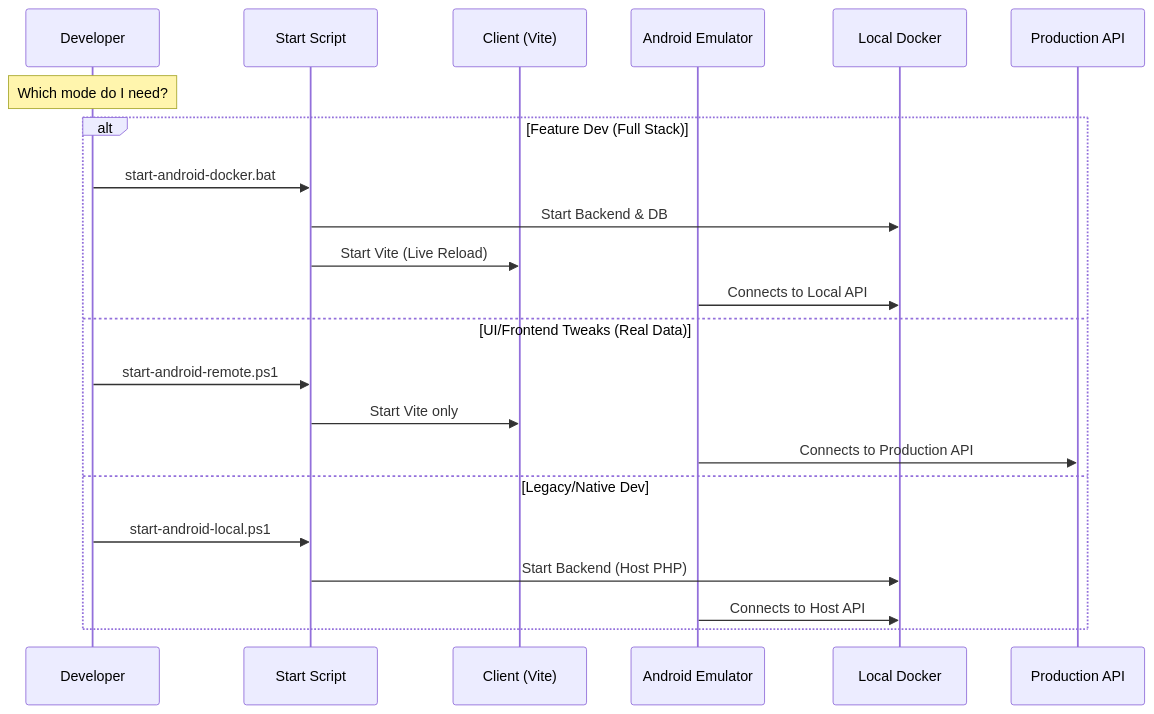
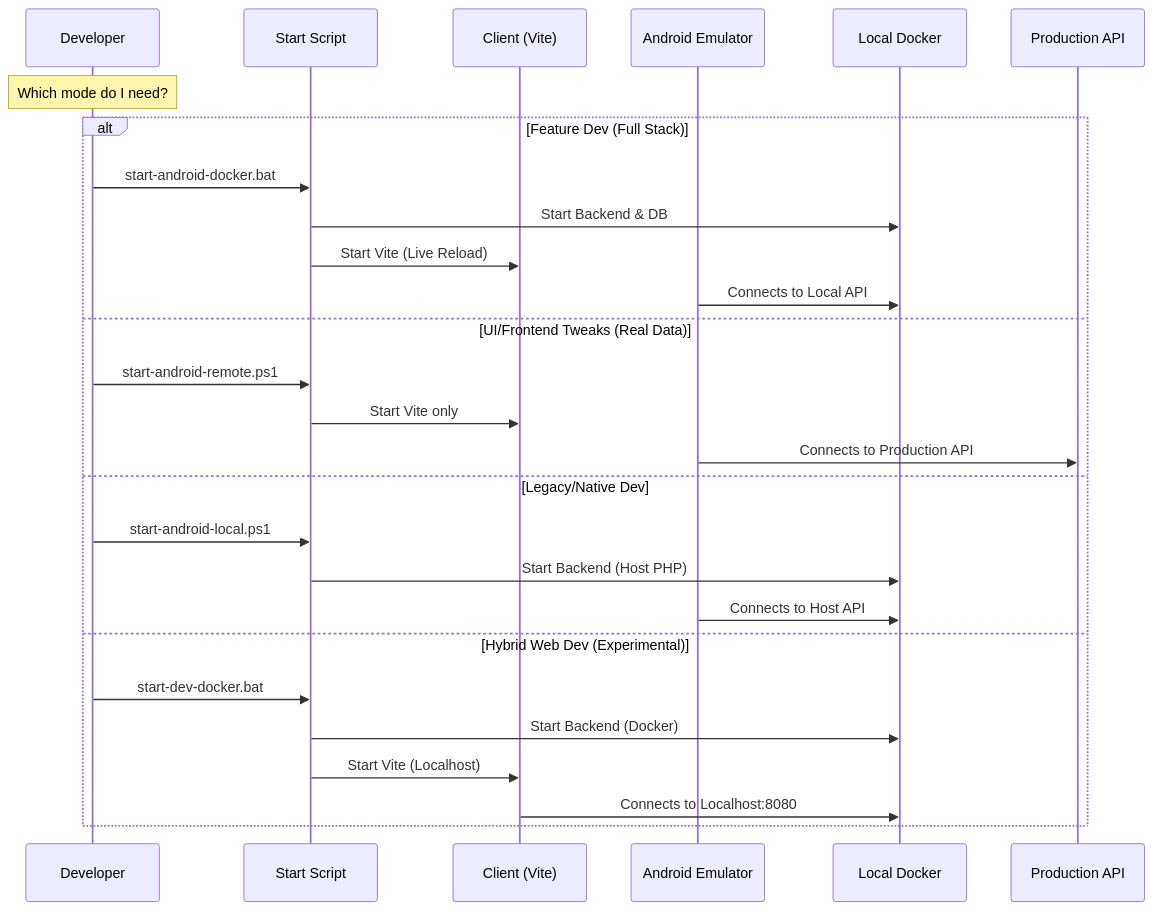
Before and after one commit to ihkaru/cerdas: the fourth of 5 diagrams in docs/WORKFLOW_AND_DEBUGGING.md, drawn with Mermaid. The commit also changed other lines of this file and 14 other files, not shown here.

Commit message:
feat: add hybrid dev workflow (local frontend + docker backend)

````diff
--- a/docs/WORKFLOW_AND_DEBUGGING.md
+++ b/docs/WORKFLOW_AND_DEBUGGING.md
@@ -165,26 +165,31 @@
 ```mermaid
 sequenceDiagram
     participant Dev as Developer
     participant Script as Start Script
     participant Client as Client (Vite)
     participant Emu as Android Emulator
     participant Docker as Local Docker
     participant Prod as Production API
 
     Note over Dev: Which mode do I need?
 
     alt Feature Dev (Full Stack)
         Dev->>Script: start-android-docker.bat
         Script->>Docker: Start Backend & DB
         Script->>Client: Start Vite (Live Reload)
         Emu->>Docker: Connects to Local API
     else UI/Frontend Tweaks (Real Data)
         Dev->>Script: start-android-remote.ps1
         Script->>Client: Start Vite only
         Emu->>Prod: Connects to Production API
     else Legacy/Native Dev
         Dev->>Script: start-android-local.ps1
         Script->>Docker: Start Backend (Host PHP)
         Emu->>Docker: Connects to Host API
+    else Hybrid Web Dev (Experimental)
+        Dev->>Script: start-dev-docker.bat
+        Script->>Docker: Start Backend (Docker)
+        Script->>Client: Start Vite (Localhost)
+        Client->>Docker: Connects to Localhost:8080
     end
 ```
````
